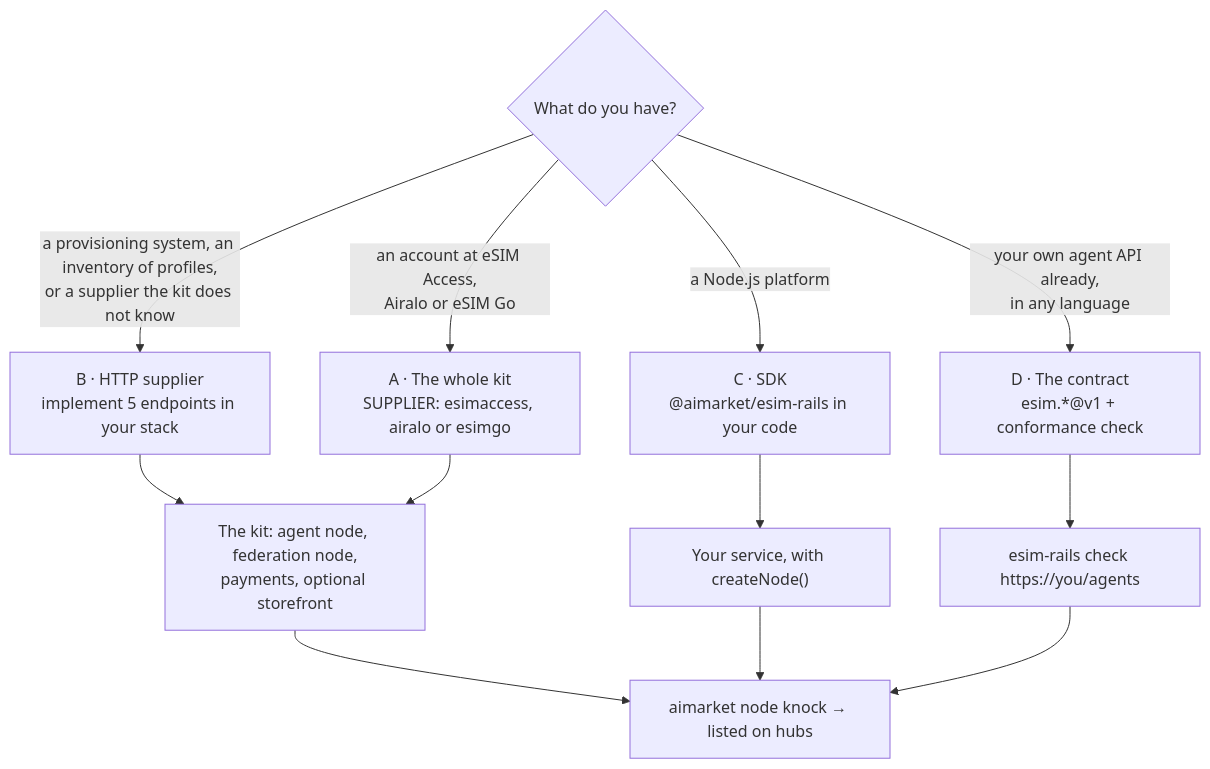
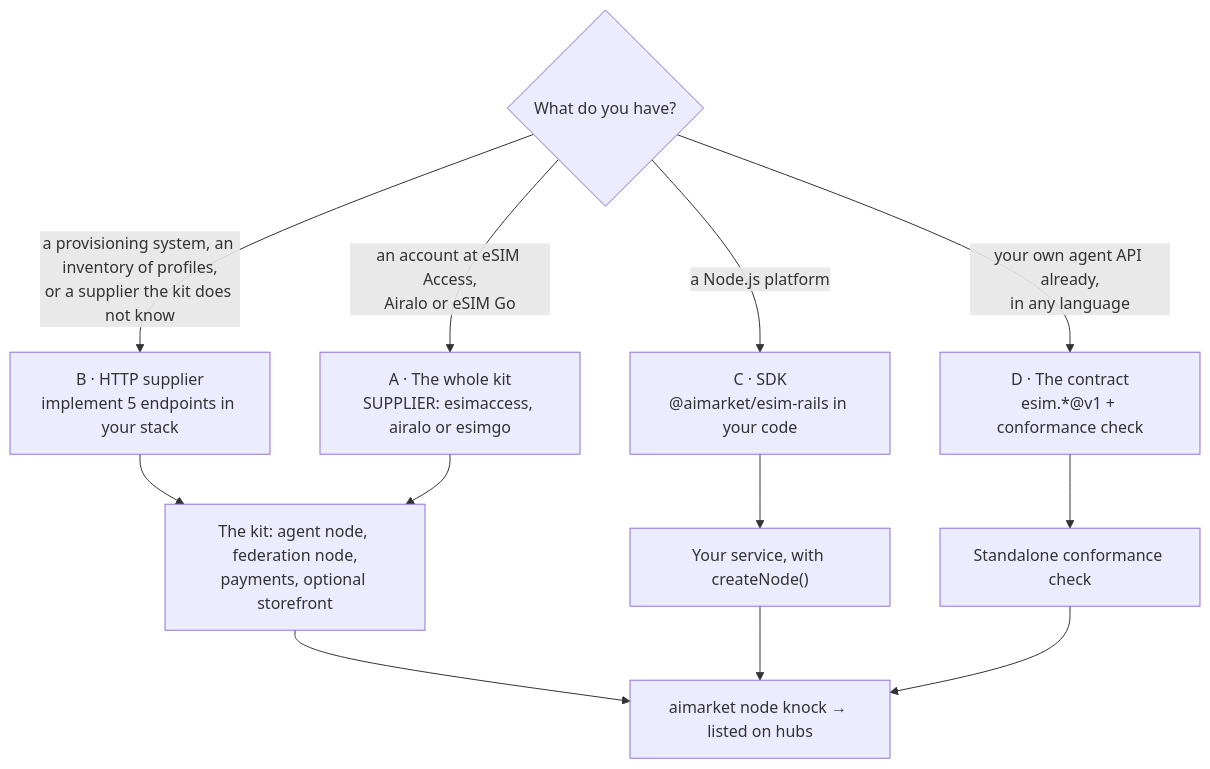
The third of 3 diagrams in README.md (alexar76/esim-operator-kit), drawn with Mermaid before and after one commit. The commit also changed other lines of this file and 13 other files, not shown here.

````diff
--- a/README.md
+++ b/README.md
@@ -146,15 +146,15 @@
 ```mermaid
 flowchart TB
   Q{"What do you have?"}
   Q -->|"an account at eSIM Access,<br/>Airalo or eSIM Go"| A2["A · The whole kit<br/>SUPPLIER: esimaccess, airalo or esimgo"]
   Q -->|"a provisioning system, an inventory of profiles,<br/>or a supplier the kit does not know"| B["B · HTTP supplier<br/>implement 5 endpoints in your stack"]
   Q -->|"a Node.js platform"| C["C · SDK<br/>@aimarket/esim-rails in your code"]
   Q -->|"your own agent API already,<br/>in any language"| D["D · The contract<br/>esim.*@v1 + conformance check"]
   B --> R["The kit: agent node, federation node,<br/>payments, optional storefront"]
   C --> R2["Your service, with createNode()"]
-  D --> R3["esim-rails check https://you/agents"]
+  D --> R3["Standalone conformance check"]
   A2 --> R
   R --> F["aimarket node knock → listed on hubs"]
   R2 --> F
   R3 --> F
 ```
````
